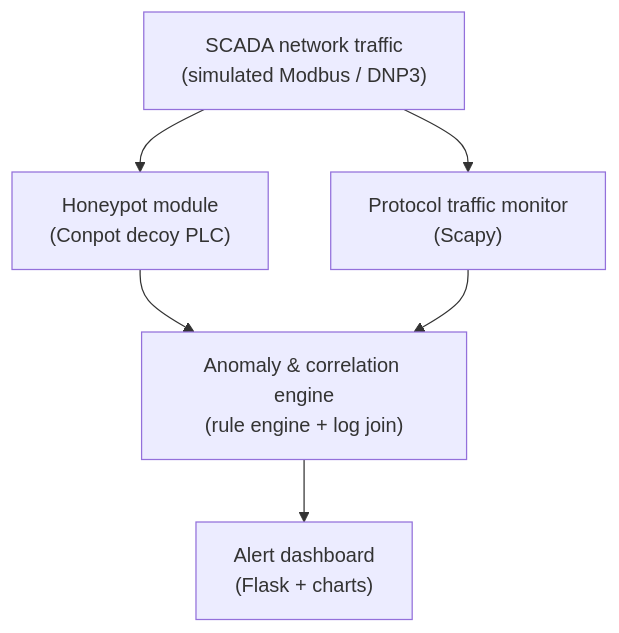
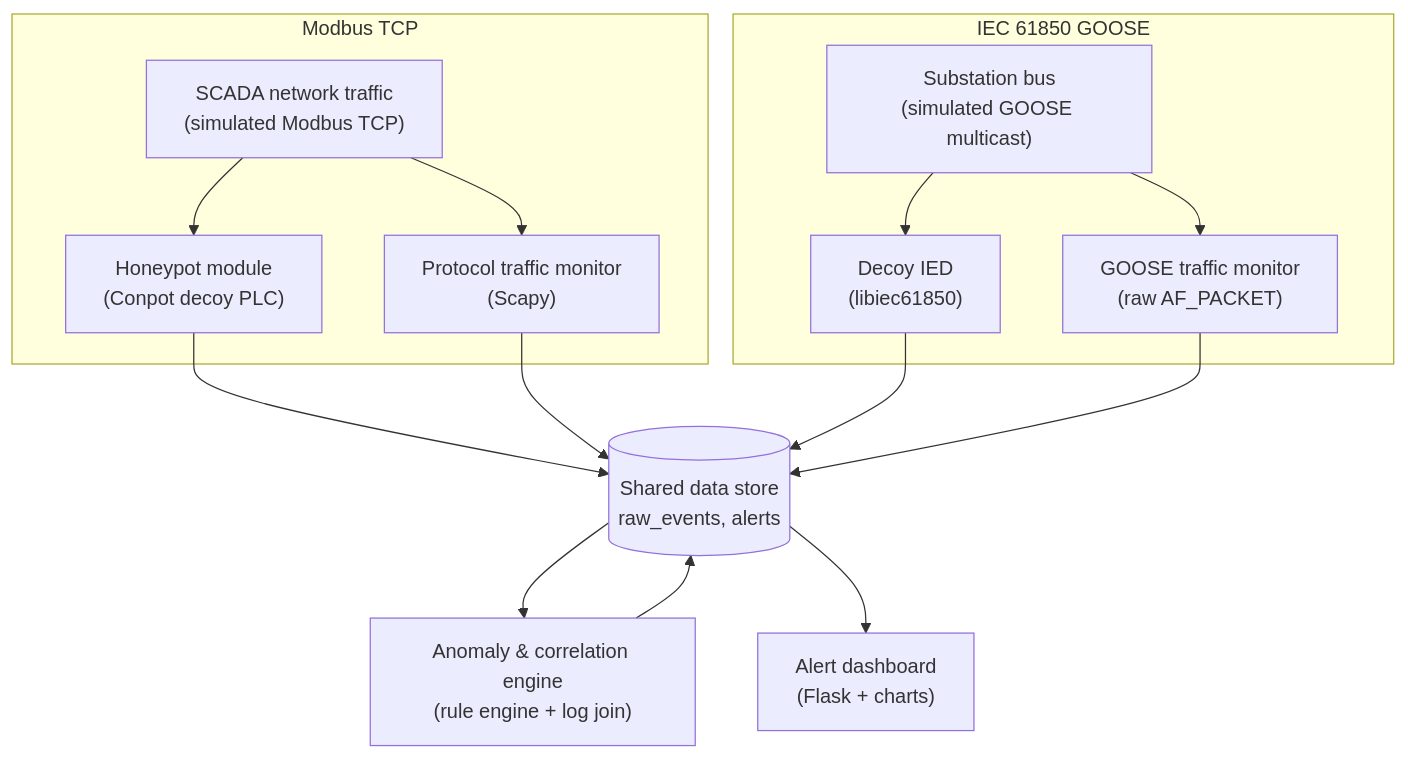
Before and after one commit to Naveenbtnk/GridSnare: the diagram in docs/SPEC.md, drawn with Mermaid. The commit also changed other lines of this file and 2 other files, not shown here.

Commit message:
docs: rewrite README and SPEC, add dashboard screenshot

````diff
--- a/docs/SPEC.md
+++ b/docs/SPEC.md
@@ -150,8 +143,20 @@
 ```mermaid
 flowchart TD
-    A["SCADA network traffic<br/>(simulated Modbus / DNP3)"] --> B["Honeypot module<br/>(Conpot decoy PLC)"]
-    A --> C["Protocol traffic monitor<br/>(Scapy)"]
-    B --> D["Anomaly & correlation engine<br/>(rule engine + log join)"]
-    C --> D
-    D --> E["Alert dashboard<br/>(Flask + charts)"]
+    subgraph MB["Modbus TCP"]
+        A["SCADA network traffic<br/>(simulated Modbus TCP)"] --> B["Honeypot module<br/>(Conpot decoy PLC)"]
+        A --> C["Protocol traffic monitor<br/>(Scapy)"]
+    end
+
+    subgraph GS["IEC 61850 GOOSE"]
+        G["Substation bus<br/>(simulated GOOSE multicast)"] --> H["Decoy IED<br/>(libiec61850)"]
+        G --> I["GOOSE traffic monitor<br/>(raw AF_PACKET)"]
+    end
+
+    B --> S[("Shared data store<br/>raw_events, alerts")]
+    C --> S
+    H --> S
+    I --> S
+    S --> D["Anomaly & correlation engine<br/>(rule engine + log join)"]
+    D --> S
+    S --> E["Alert dashboard<br/>(Flask + charts)"]
 ```
````
